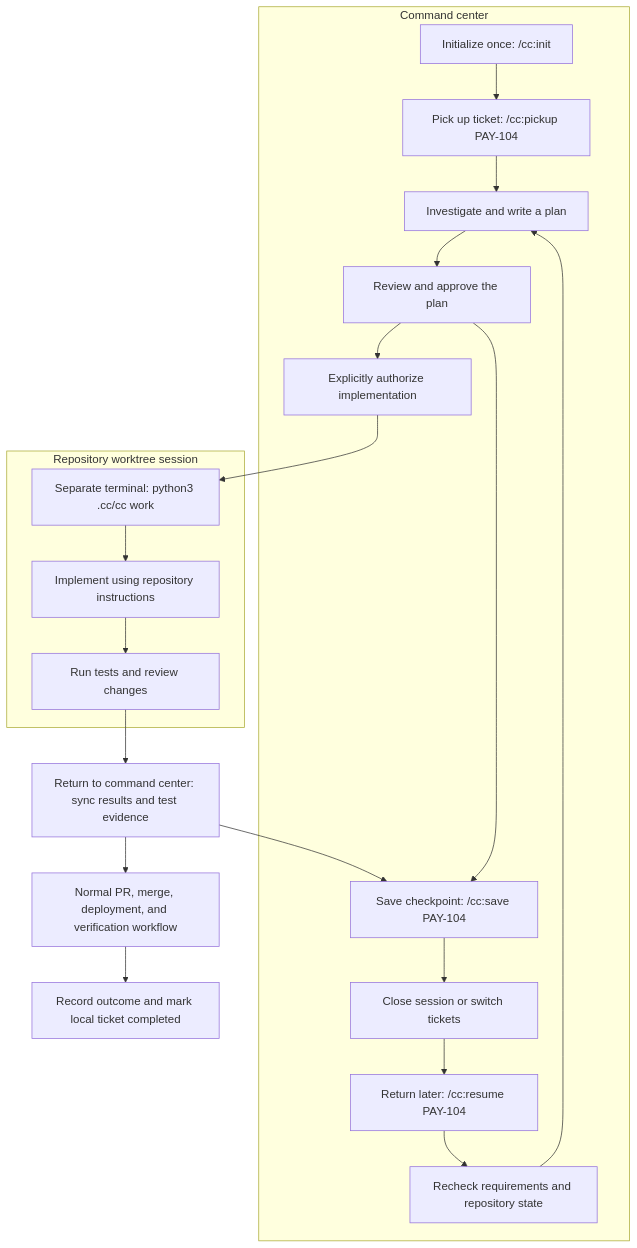
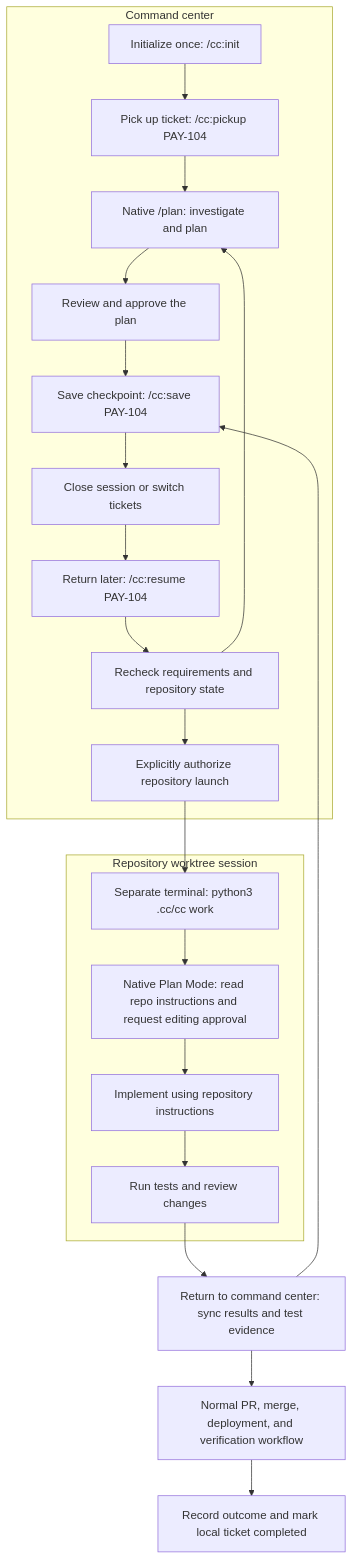
One commit to cabrerakevinc/my-cc changed the diagram in README.md. Above: the diagram before and after it, drawn with Mermaid. The commit also changed other lines of this file and 17 other files, not shown here.

````diff
--- a/README.md
+++ b/README.md
@@ -81,23 +112,24 @@
 ```mermaid
 flowchart TD
     subgraph Center[Command center]
         Init["Initialize once: /cc:init"] --> Pickup["Pick up ticket: /cc:pickup PAY-104"]
-        Pickup --> Investigate["Investigate and write a plan"]
+        Pickup --> Investigate["Native /plan: investigate and plan"]
         Investigate --> Approve["Review and approve the plan"]
-        Approve --> Authorize["Explicitly authorize implementation"]
+        Recheck --> Authorize["Explicitly authorize repository launch"]
         Save["Save checkpoint: /cc:save PAY-104"] --> Pause["Close session or switch tickets"]
         Pause --> Resume["Return later: /cc:resume PAY-104"]
         Resume --> Recheck["Recheck requirements and repository state"]
         Recheck --> Investigate
     end
     Authorize --> Launch["Separate terminal: python3 .cc/cc work"]
     subgraph Repo[Repository worktree session]
-        Launch --> Implement["Implement using repository instructions"]
+        Launch --> Gate["Native Plan Mode: read repo instructions and request editing approval"]
+        Gate --> Implement["Implement using repository instructions"]
         Implement --> Test["Run tests and review changes"]
     end
     Test --> Sync["Return to command center: sync results and test evidence"]
     Sync --> Save
     Approve --> Save
     Sync --> Delivery["Normal PR, merge, deployment, and verification workflow"]
     Delivery --> Complete["Record outcome and mark local ticket completed"]
 ```
````
